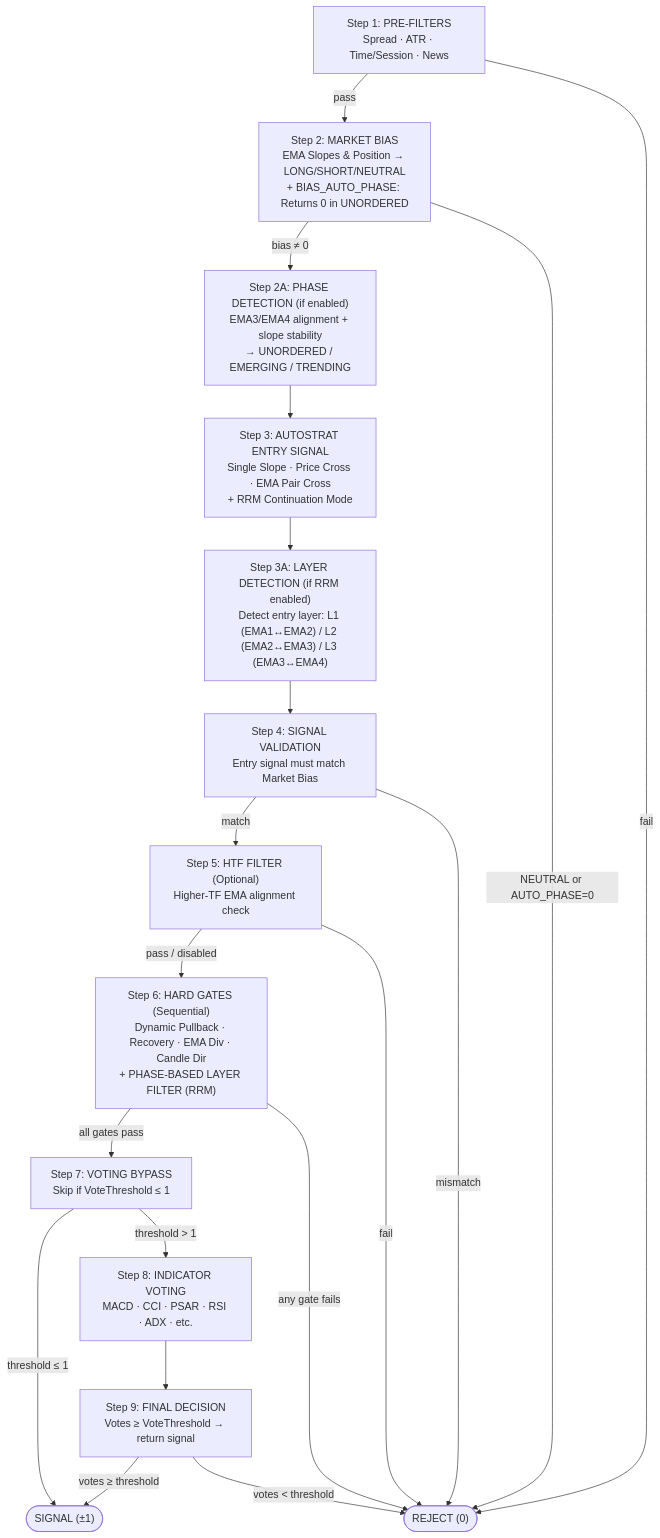
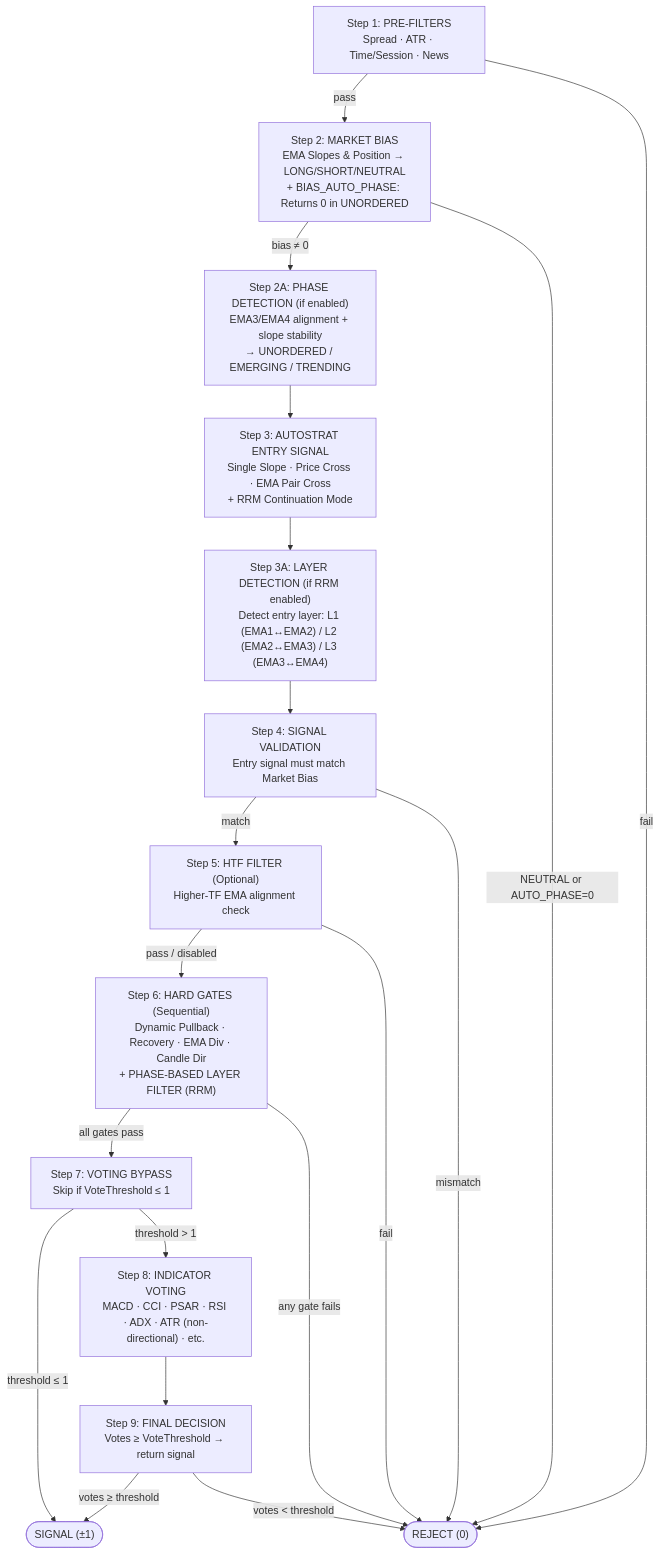
The seventh of 9 diagrams in Readme/README_SYSTEM.md (msmaciej/RRM_SEA), drawn with Mermaid before and after one commit. The commit also changed other lines of this file and 2 other files, not shown here.

First line of the commit message:
docs: update presets, ATR dual role, and exit profile references

````diff
--- a/Readme/README_SYSTEM.md
+++ b/Readme/README_SYSTEM.md
@@ -652,33 +653,33 @@
 ```mermaid
 flowchart TD
     S1["Step 1: PRE-FILTERS\nSpread · ATR · Time/Session · News"]
     S2["Step 2: MARKET BIAS\nEMA Slopes & Position → LONG/SHORT/NEUTRAL\n+ BIAS_AUTO_PHASE: Returns 0 in UNORDERED"]
     S2A["Step 2A: PHASE DETECTION (if enabled)\nEMA3/EMA4 alignment + slope stability\n→ UNORDERED / EMERGING / TRENDING"]
     S3["Step 3: AUTOSTRAT ENTRY SIGNAL\nSingle Slope · Price Cross · EMA Pair Cross\n+ RRM Continuation Mode"]
     S3A["Step 3A: LAYER DETECTION (if RRM enabled)\nDetect entry layer: L1 (EMA1↔EMA2) / L2 (EMA2↔EMA3) / L3 (EMA3↔EMA4)"]
     S4["Step 4: SIGNAL VALIDATION\nEntry signal must match Market Bias"]
     S5["Step 5: HTF FILTER (Optional)\nHigher-TF EMA alignment check"]
     S6["Step 6: HARD GATES (Sequential)\nDynamic Pullback · Recovery · EMA Div · Candle Dir\n+ PHASE-BASED LAYER FILTER (RRM)"]
     S7["Step 7: VOTING BYPASS\nSkip if VoteThreshold ≤ 1"]
-    S8["Step 8: INDICATOR VOTING\nMACD · CCI · PSAR · RSI · ADX · etc."]
+    S8["Step 8: INDICATOR VOTING\nMACD · CCI · PSAR · RSI · ADX · ATR (non-directional) · etc."]
     S9["Step 9: FINAL DECISION\nVotes ≥ VoteThreshold → return signal"]
 
     S1 -->|pass| S2
     S1 -->|fail| REJECT(["REJECT (0)"])
     S2 -->|bias ≠ 0| S2A
     S2 -->|NEUTRAL or AUTO_PHASE=0| REJECT
     S2A --> S3
     S3 --> S3A
     S3A --> S4
     S4 -->|match| S5
     S4 -->|mismatch| REJECT
     S5 -->|pass / disabled| S6
     S5 -->|fail| REJECT
     S6 -->|all gates pass| S7
     S6 -->|any gate fails| REJECT
     S7 -->|threshold ≤ 1| SIGNAL(["SIGNAL (±1)"])
     S7 -->|threshold > 1| S8
     S8 --> S9
     S9 -->|votes ≥ threshold| SIGNAL
     S9 -->|votes < threshold| REJECT
 ```
````
